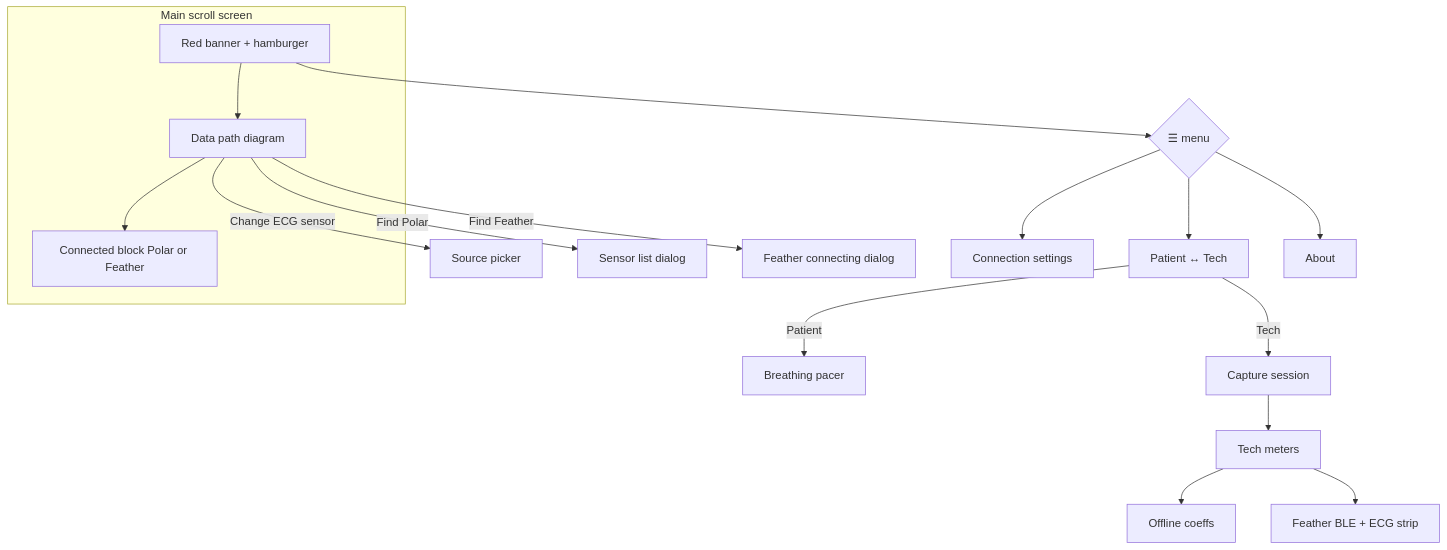
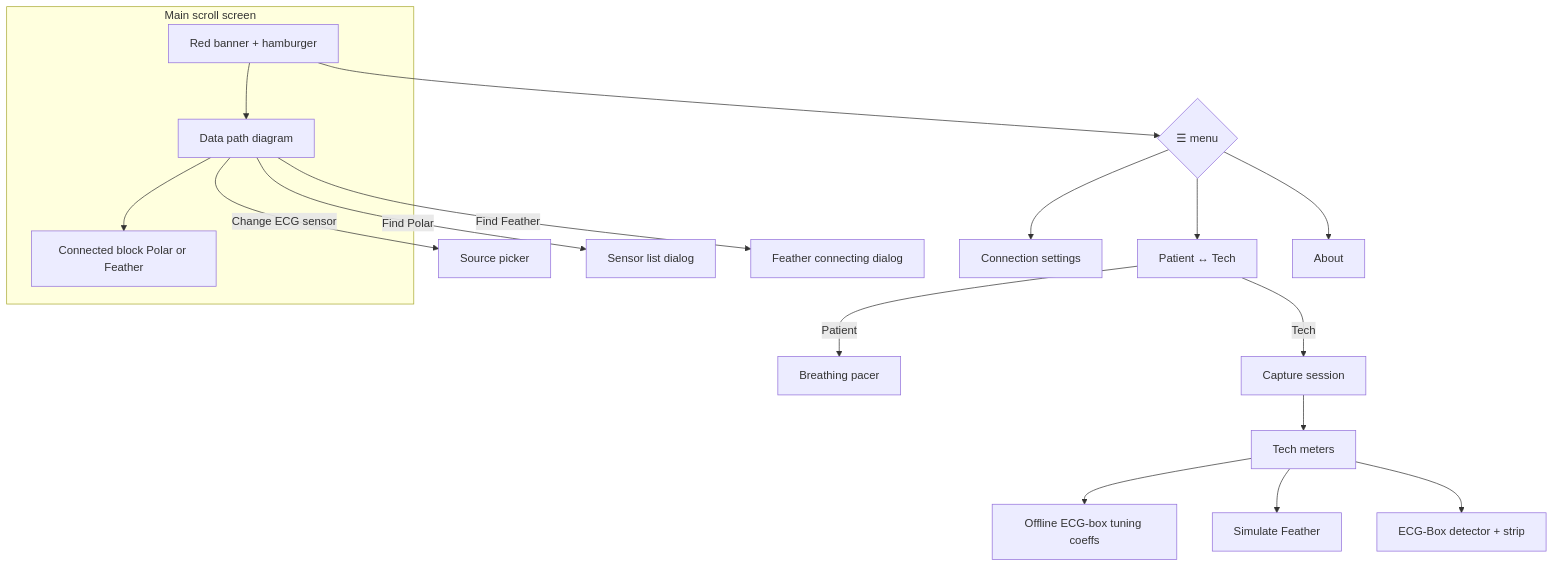
One commit to JoelAtHome/ECG-Phone-Bridge changed the diagram in docs/UI_LAYOUT_MAP.md. Above: the diagram before and after it, drawn with Mermaid. The commit also changed other lines of this file and 6 other files, not shown here.

````diff
--- a/docs/UI_LAYOUT_MAP.md
+++ b/docs/UI_LAYOUT_MAP.md
@@ -178,25 +172,26 @@
 ```mermaid
 flowchart TB
   subgraph main [Main scroll screen]
     Banner[Red banner + hamburger]
     Flow[Data path diagram]
     SrcBlk[Connected block Polar or Feather]
     Banner --> Flow --> SrcBlk
   end
 
   Menu{☰ menu}
   Banner --> Menu
   Menu --> Conn[Connection settings]
   Menu --> Toggle[Patient ↔ Tech]
   Menu --> About[About]
 
   Flow -->|Change ECG sensor| KindDlg[Source picker]
   Flow -->|Find Polar| SensorDlg[Sensor list dialog]
   Flow -->|Find Feather| FeatherDlg[Feather connecting dialog]
 
   Toggle -->|Patient| Pacer[Breathing pacer]
   Toggle -->|Tech| Cap[Capture session]
   Cap --> Tech[Tech meters]
-  Tech --> Prof[Offline coeffs]
-  Tech --> Fble[Feather BLE + ECG strip]
+  Tech --> Prof[Offline ECG-box tuning coeffs]
+  Tech --> Sim[Simulate Feather]
+  Tech --> Fble[ECG-Box detector + strip]
 ```
````
